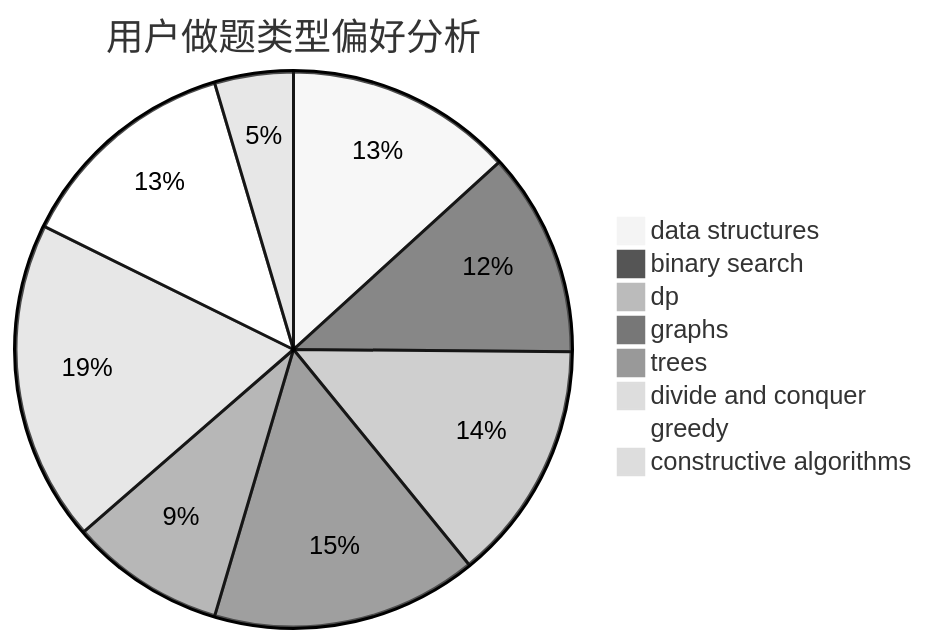
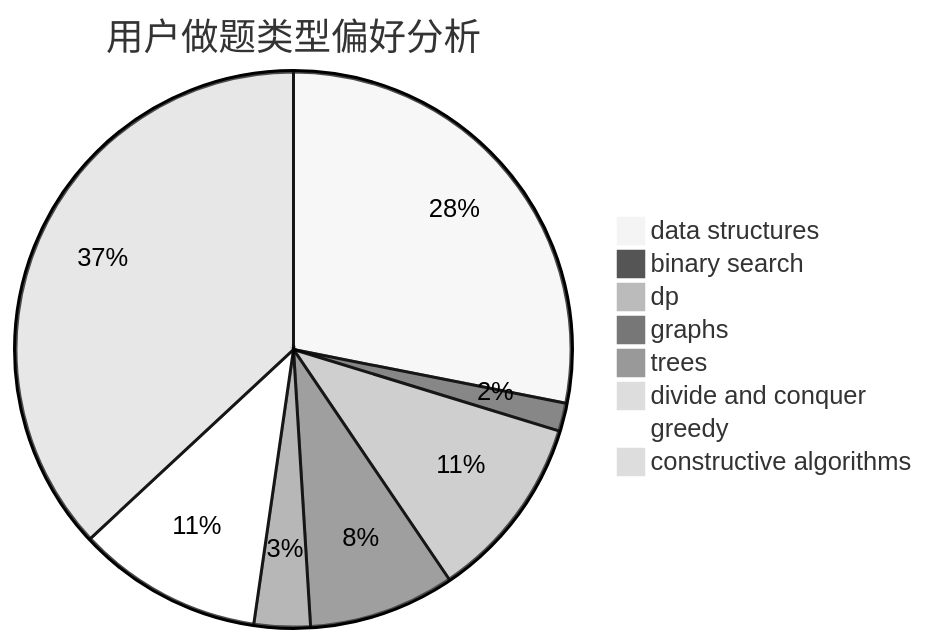
The second of 3 diagrams in docs/user/u716.md (sherpahu/cfrs.github.io), drawn with Mermaid (neutral theme) before and after one commit. The commit also changed other lines of this file and 2770 other files, not shown here.

````diff
--- a/docs/user/u716.md
+++ b/docs/user/u716.md
@@ -23,11 +23,11 @@
 ```mermaid
 pie title 用户做题类型偏好分析
-    "data structures" :  107
-    "binary search" :  96
-    "dp" :  113
-    "graphs" :  125
-    "trees" :  73
-    "divide and conquer" :  151
-    "greedy" :  106
-    "constructive algorithms" :  37
+    "data structures" :  86
+    "binary search" :  5
+    "dp" :  33
+    "graphs" :  26
+    "trees" :  10
+    "divide and conquer" :  0
+    "greedy" :  33
+    "constructive algorithms" :  113
 ```
````
